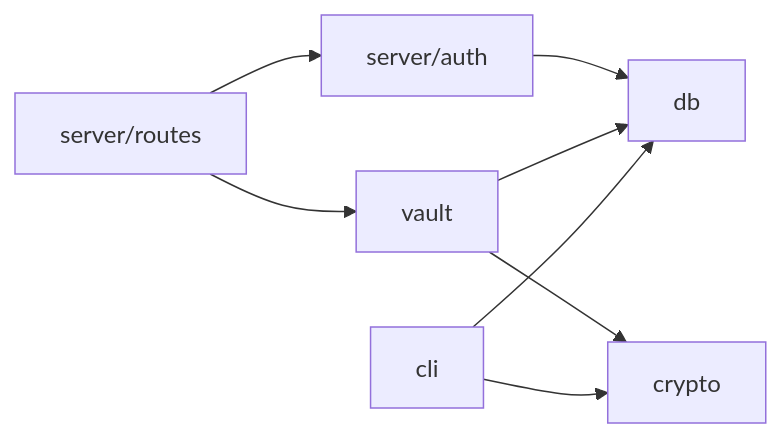
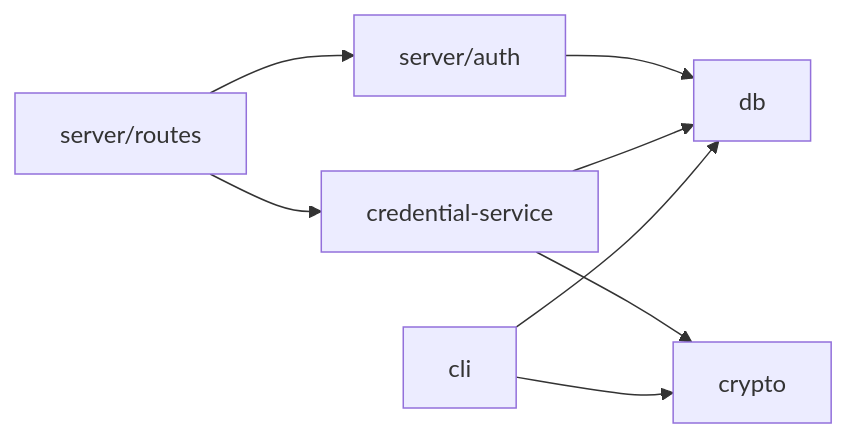
The first of 4 diagrams in docs/design.md (marianhupalo4/test-task), drawn with Mermaid before and after one commit. The commit also changed other lines of this file and 16 other files, not shown here.

Commit message:
rename vault to credential service

````diff
--- a/docs/design.md
+++ b/docs/design.md
@@ -31,10 +31,10 @@
 ```mermaid
 flowchart LR
     routes[server/routes] --> auth[server/auth]
-    routes --> vault[vault]
+    routes --> service[credential-service]
     auth --> db[db]
-    vault --> crypto[crypto]
-    vault --> db
+    service --> crypto[crypto]
+    service --> db
     cli[cli] --> db
     cli --> crypto
 ```
````
